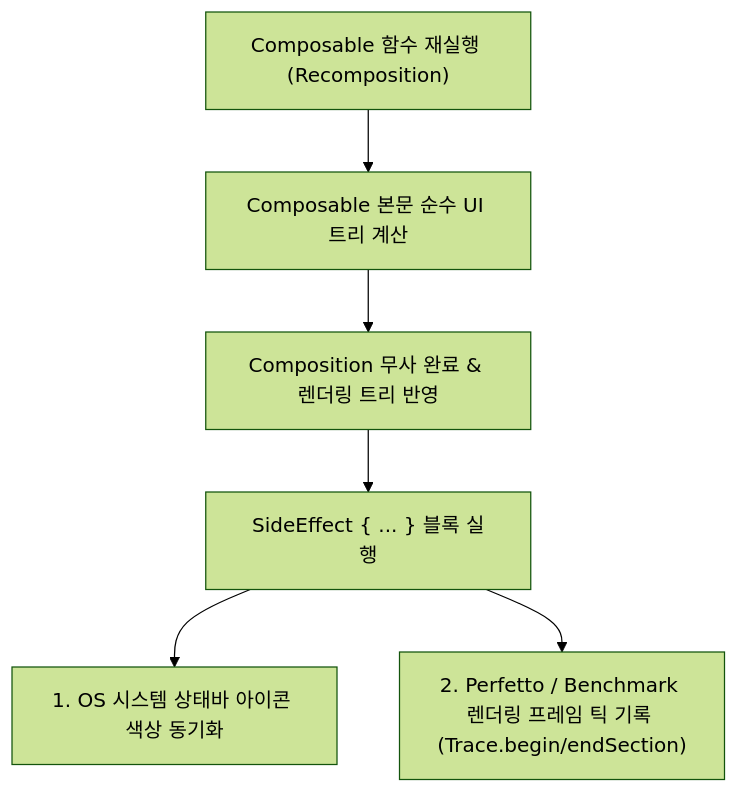
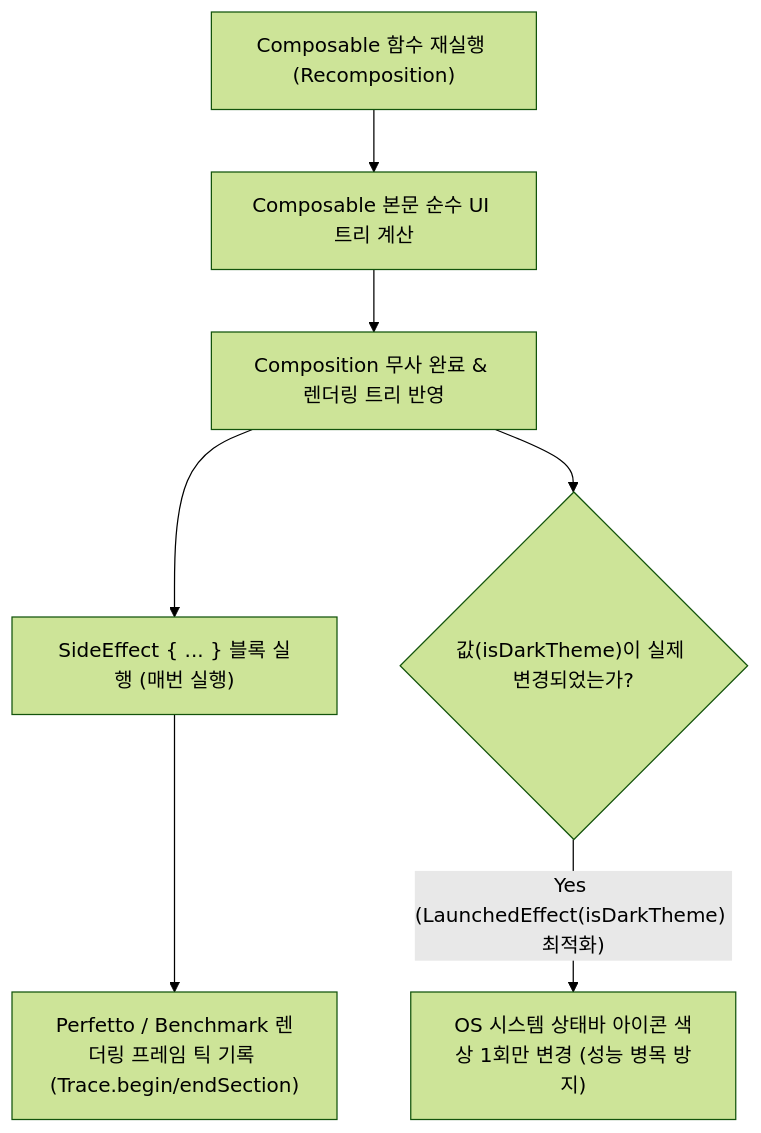
The diagram in 01_inbox/mobile/android/02_app_framework/jetpack-compose/state-and-lifecycle/compose-side-effect.md (youngmin-gwon/what-i-studied), drawn with Mermaid (forest theme) before and after one commit. The commit also changed other lines of this file and 1 other file, not shown here.

````diff
--- a/01_inbox/mobile/android/02_app_framework/jetpack-compose/state-and-lifecycle/compose-side-effect.md
+++ b/01_inbox/mobile/android/02_app_framework/jetpack-compose/state-and-lifecycle/compose-side-effect.md
@@ -31,8 +39,10 @@
 ```mermaid
 graph TD
     Recomposition["Composable 함수 재실행 (Recomposition)"] --> BodyExec["Composable 본문 순수 UI 트리 계산"]
     BodyExec --> CompositionSuccess["Composition 무사 완료 & 렌더링 트리 반영"]
-    CompositionSuccess --> SideEffectAPI["SideEffect { ... } 블록 실행"]
-    SideEffectAPI --> SystemSync["1. OS 시스템 상태바 아이콘 색상 동기화"]
-    SideEffectAPI --> PerfettoSync["2. Perfetto / Benchmark 렌더링 프레임 틱 기록 (Trace.begin/endSection)"]
+    CompositionSuccess --> SideEffectAPI["SideEffect { ... } 블록 실행 (매번 실행)"]
+    SideEffectAPI --> PerfettoSync["Perfetto / Benchmark 렌더링 프레임 틱 기록 (Trace.begin/endSection)"]
+
+    CompositionSuccess --> KeyCheck{"값(isDarkTheme)이 실제 변경되었는가?"}
+    KeyCheck -->|"Yes (LaunchedEffect(isDarkTheme) 최적화)"| SystemSync["OS 시스템 상태바 아이콘 색상 1회만 변경 (성능 병목 방지)"]
 ```
````
